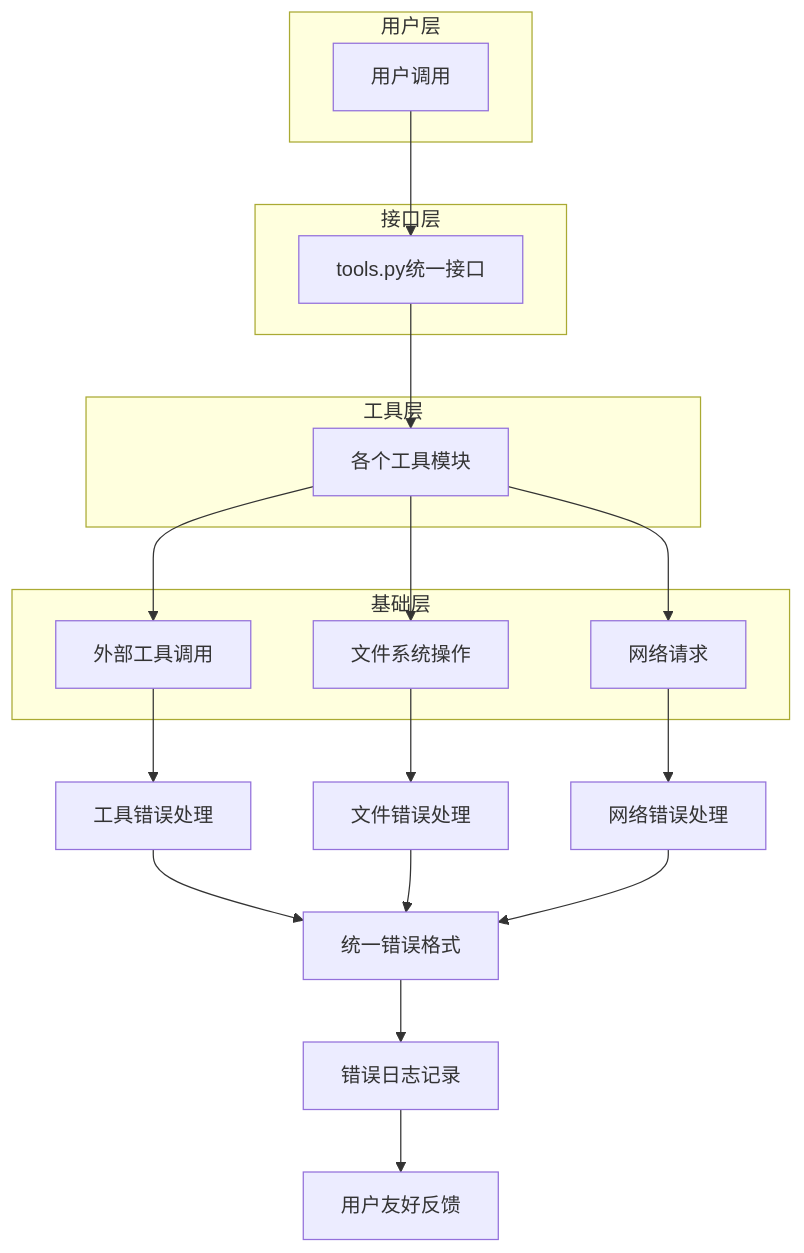
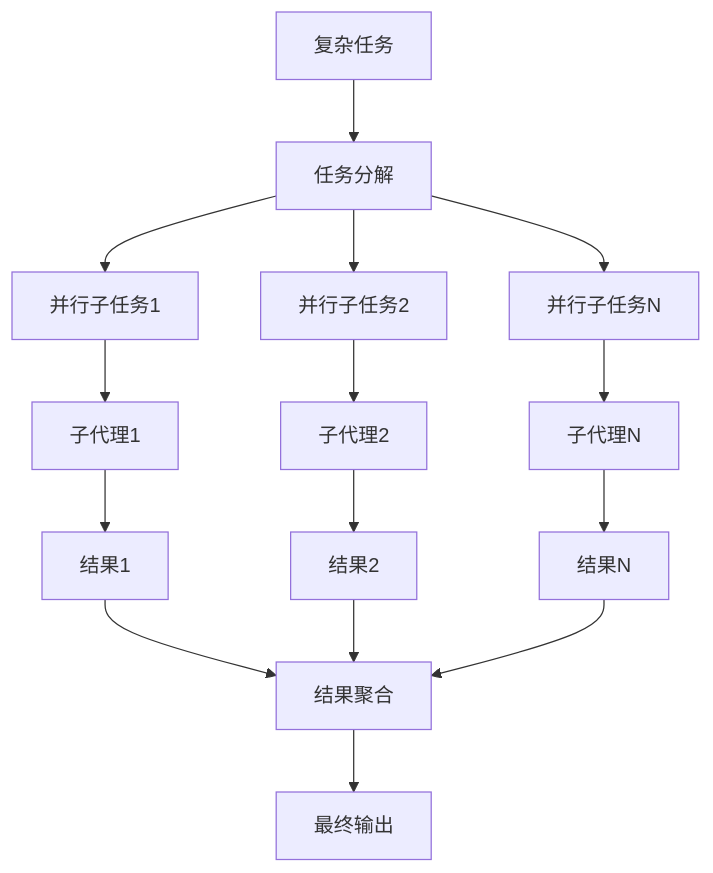
One commit to 3uyuan1ee/Fix_agent changed diagram 17 of 20 in docs/tools_architecture.md. Above: the diagram before and after it, drawn with Mermaid. The commit also changed other lines of this file, not shown here.

````diff
--- a/docs/tools_architecture.md
+++ b/docs/tools_architecture.md
@@ -753,37 +742,21 @@
 ```mermaid
-graph TB
-    subgraph "用户层"
-        A[用户调用]
-    end
+graph TD
+    A[复杂任务] --> B[任务分解]
+    B --> C[并行子任务1]
+    B --> D[并行子任务2]
+    B --> E[并行子任务N]
 
-    subgraph "接口层"
-        B[tools.py统一接口]
-    end
+    C --> F[子代理1]
+    D --> G[子代理2]
+    E --> H[子代理N]
 
-    subgraph "工具层"
-        C[各个工具模块]
-    end
+    F --> I[结果1]
+    G --> J[结果2]
+    H --> K[结果N]
 
-    subgraph "基础层"
-        D[外部工具调用]
-        E[文件系统操作]
-        F[网络请求]
-    end
+    I --> L[结果聚合]
+    J --> L
+    K --> L
 
-    A --> B
-    B --> C
-    C --> D
-    C --> E
-    C --> F
-
-    D --> G[工具错误处理]
-    E --> H[文件错误处理]
-    F --> I[网络错误处理]
-
-    G --> J[统一错误格式]
-    H --> J
-    I --> J
-
-    J --> K[错误日志记录]
-    K --> L[用户友好反馈]
+    L --> M[最终输出]
 ```
````
